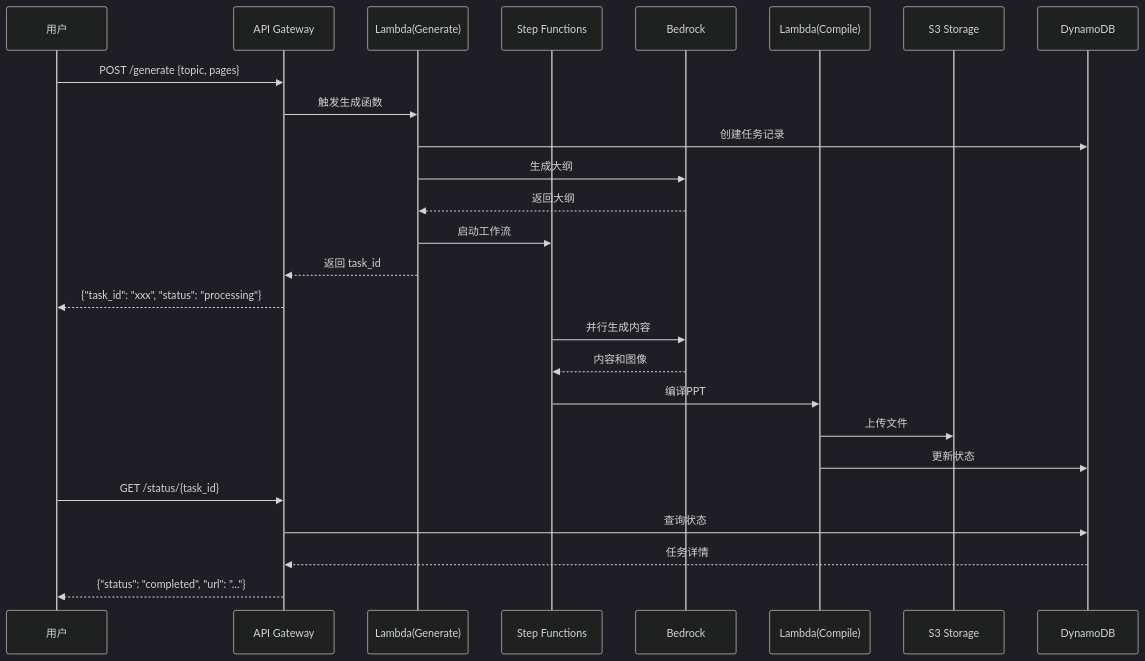
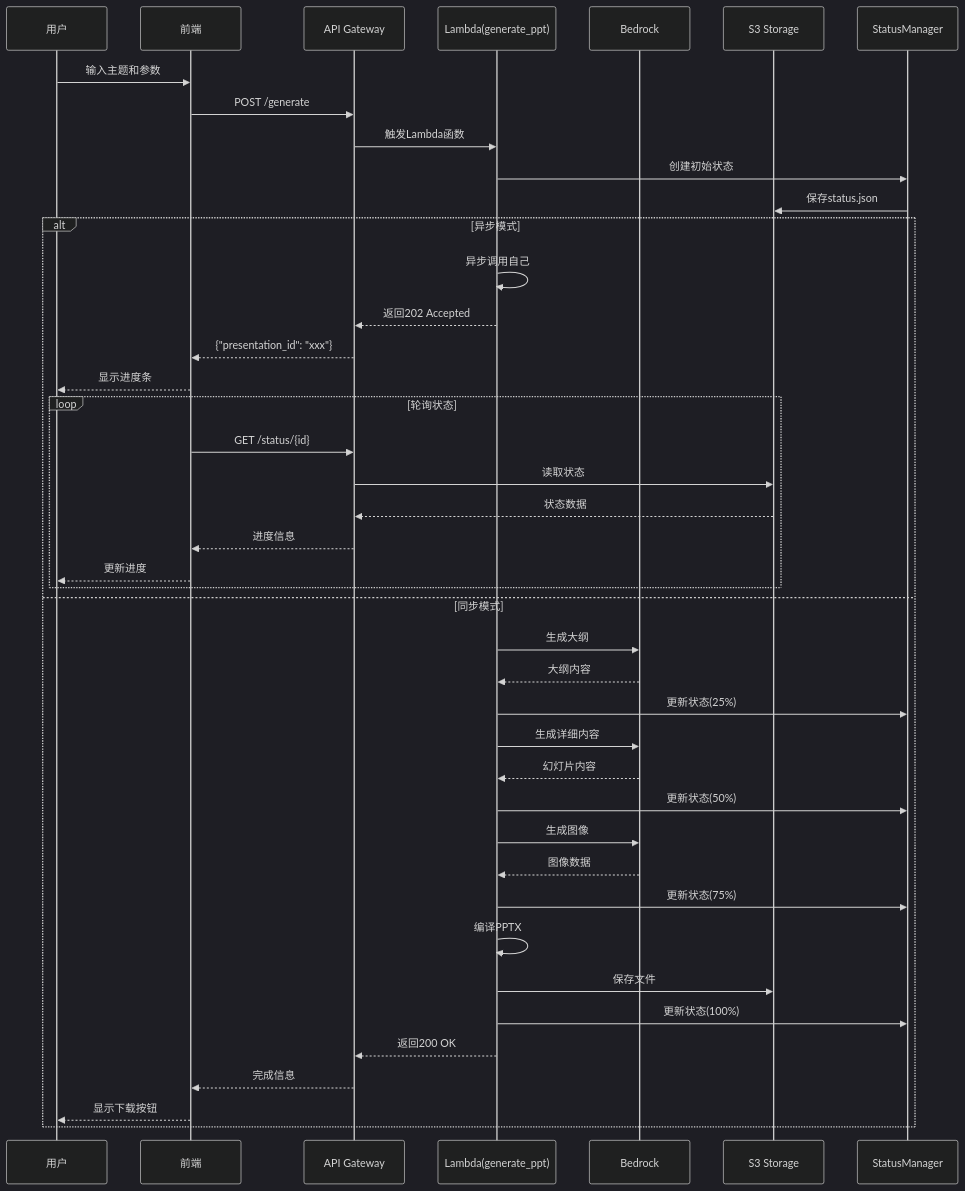
The second of 3 diagrams in docs/ARCHITECTURE.md (yincma/AMAZON-BEDROCK-AGENTS), drawn with Mermaid (dark theme) before and after one commit. The commit also changed other lines of this file, not shown here.

````diff
--- a/docs/ARCHITECTURE.md
+++ b/docs/ARCHITECTURE.md
@@ -335,31 +353,56 @@
 ```mermaid
 sequenceDiagram
     participant U as 用户
+    participant FE as 前端
     participant API as API Gateway
-    participant L1 as Lambda(Generate)
-    participant SF as Step Functions
+    participant LF as Lambda(generate_ppt)
     participant BR as Bedrock
-    participant L2 as Lambda(Compile)
     participant S3 as S3 Storage
-    participant DDB as DynamoDB
+    participant SM as StatusManager
 
-    U->>API: POST /generate {topic, pages}
-    API->>L1: 触发生成函数
-    L1->>DDB: 创建任务记录
-    L1->>BR: 生成大纲
-    BR-->>L1: 返回大纲
-    L1->>SF: 启动工作流
-    L1-->>API: 返回 task_id
-    API-->>U: {"task_id": "xxx", "status": "processing"}
+    U->>FE: 输入主题和参数
+    FE->>API: POST /generate
+    API->>LF: 触发Lambda函数
 
-    SF->>BR: 并行生成内容
-    BR-->>SF: 内容和图像
-    SF->>L2: 编译PPT
-    L2->>S3: 上传文件
-    L2->>DDB: 更新状态
+    LF->>SM: 创建初始状态
+    SM->>S3: 保存status.json
 
-    U->>API: GET /status/{task_id}
-    API->>DDB: 查询状态
-    DDB-->>API: 任务详情
-    API-->>U: {"status": "completed", "url": "..."}
+    alt 异步模式
+        LF->>LF: 异步调用自己
+        LF-->>API: 返回202 Accepted
+        API-->>FE: {"presentation_id": "xxx"}
+        FE-->>U: 显示进度条
+
+        loop 轮询状态
+            FE->>API: GET /status/{id}
+            API->>S3: 读取状态
+            S3-->>API: 状态数据
+            API-->>FE: 进度信息
+            FE-->>U: 更新进度
+        end
+    else 同步模式
+        LF->>BR: 生成大纲
+        BR-->>LF: 大纲内容
+
+        LF->>SM: 更新状态(25%)
+
+        LF->>BR: 生成详细内容
+        BR-->>LF: 幻灯片内容
+
+        LF->>SM: 更新状态(50%)
+
+        LF->>BR: 生成图像
+        BR-->>LF: 图像数据
+
+        LF->>SM: 更新状态(75%)
+
+        LF->>LF: 编译PPTX
+        LF->>S3: 保存文件
+
+        LF->>SM: 更新状态(100%)
+
+        LF-->>API: 返回200 OK
+        API-->>FE: 完成信息
+        FE-->>U: 显示下载按钮
+    end
 ```
````
